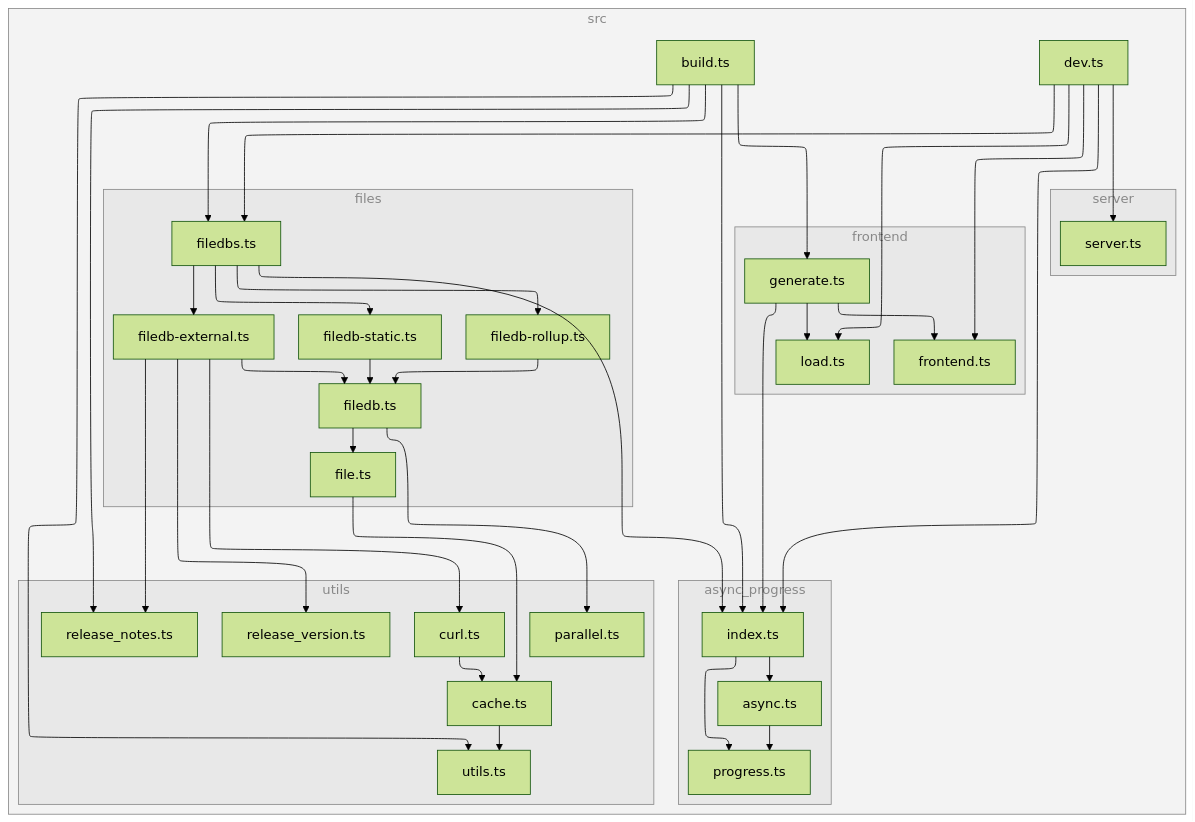
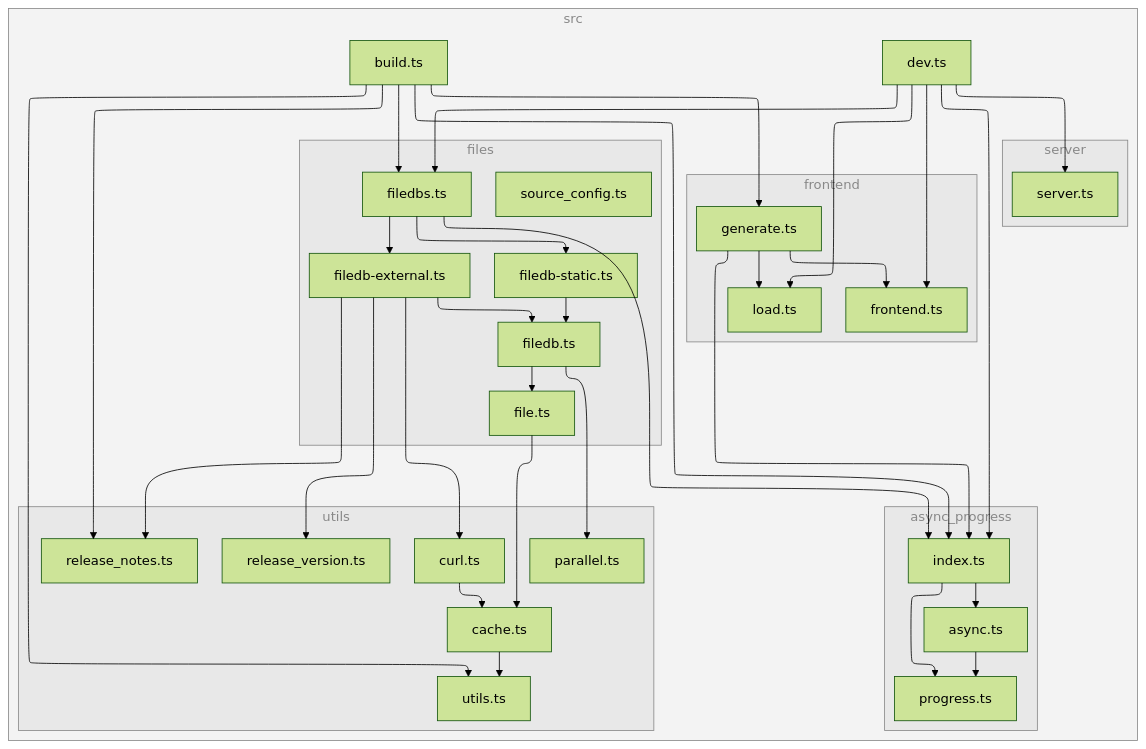
One commit to versatiles-org/versatiles-frontend changed the diagram in README.md. Above: the diagram before and after it, drawn with Mermaid (forest theme). The commit also changed 5 other files, not shown here.

````diff
--- a/README.md
+++ b/README.md
@@ -97,75 +97,73 @@
 ```mermaid
 ---
 config:
   layout: elk
 ---
 flowchart TB
 
 subgraph 0["src"]
 subgraph 1["async_progress"]
 2["async.ts"]
 3["progress.ts"]
 4["index.ts"]
 end
 5["build.ts"]
 subgraph 6["files"]
 7["filedbs.ts"]
 8["filedb-external.ts"]
 F["filedb.ts"]
 H["file.ts"]
-I["filedb-rollup.ts"]
-J["filedb-static.ts"]
+I["filedb-static.ts"]
+Q["source_config.ts"]
 end
 subgraph 9["utils"]
 A["curl.ts"]
 B["cache.ts"]
 C["utils.ts"]
 D["release_notes.ts"]
 E["release_version.ts"]
 G["parallel.ts"]
 end
-subgraph K["frontend"]
-L["generate.ts"]
-M["frontend.ts"]
-N["load.ts"]
+subgraph J["frontend"]
+K["generate.ts"]
+L["frontend.ts"]
+M["load.ts"]
 end
-O["dev.ts"]
-subgraph P["server"]
-Q["server.ts"]
+N["dev.ts"]
+subgraph O["server"]
+P["server.ts"]
 end
 end
 2-->3
 4-->2
 4-->3
 5-->4
 5-->7
-5-->L
+5-->K
 5-->D
 5-->C
 7-->4
 7-->8
 7-->I
-7-->J
 8-->A
 8-->D
 8-->E
 8-->F
 A-->B
 B-->C
 F-->G
 F-->H
 H-->B
 I-->F
-J-->F
-L-->4
-L-->M
-L-->N
-O-->4
-O-->7
-O-->M
-O-->N
-O-->Q
+K-->4
+K-->L
+K-->M
+N-->4
+N-->7
+N-->L
+N-->M
+N-->P
 
-class 0,1,6,9,K,P subgraphs;
+class 0,1,6,9,J,O subgraphs;
 classDef subgraphs fill-opacity:0.1, fill:#888, color:#888, stroke:#888;
 ```
````
